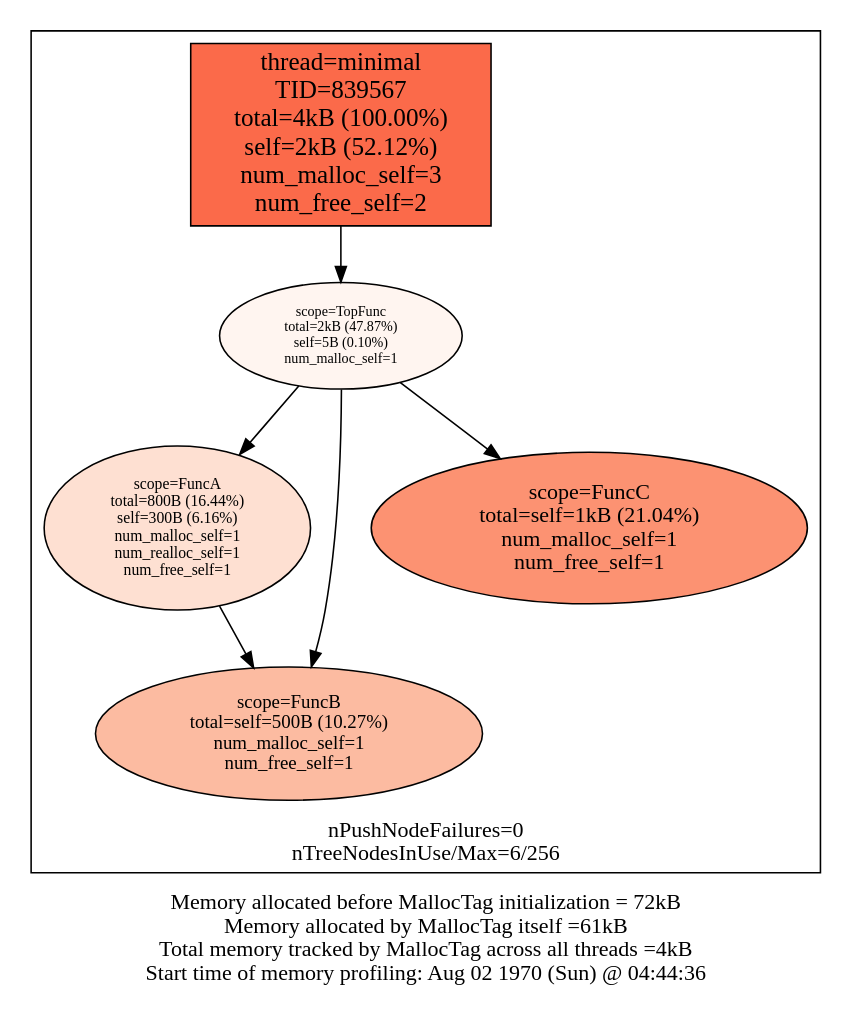
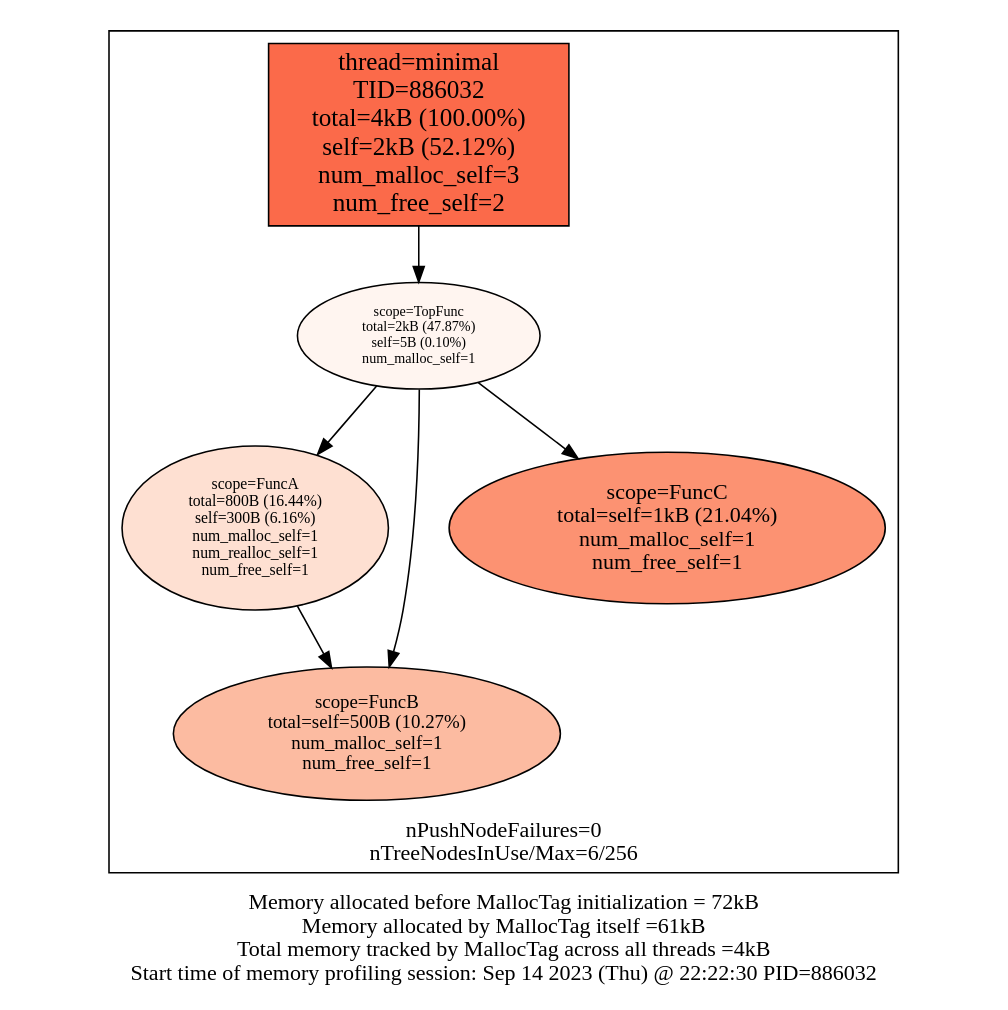
Before and after one commit to f18m/malloc-tag: the diagram in examples/minimal/minimal_stats.dot, drawn with Graphviz. The commit also changed 6 other files, not shown here.

```diff
--- a/examples/minimal/minimal_stats.dot
+++ b/examples/minimal/minimal_stats.dot
@@ -1,22 +1,22 @@
 digraph MallocTree {
  node [colorscheme=reds9 style=filled]
- subgraph cluster_TID839567 {
+ subgraph cluster_TID886032 {
   node [colorscheme=reds9 style=filled]
   labelloc="b"
   label="nPushNodeFailures=0\nnTreeNodesInUse/Max=6/256\n"
-  "839567_minimal" [label="thread=minimal\nTID=839567\ntotal=4kB (100.00%)\nself=2kB (52.12%)\nnum_malloc_self=3\nnum_free_self=2" shape=box fillcolor=5 fontsize=16]
-  "839567_minimal" -> "839567_TopFunc"
-  "839567_TopFunc" [label="scope=TopFunc\ntotal=2kB (47.87%)\nself=5B (0.10%)\nnum_malloc_self=1" fillcolor=1 fontsize=9]
-  "839567_TopFunc" -> "839567_FuncA"
-  "839567_TopFunc" -> "839567_FuncB"
-  "839567_TopFunc" -> "839567_FuncC"
-  "839567_FuncA" [label="scope=FuncA\ntotal=800B (16.44%)\nself=300B (6.16%)\nnum_malloc_self=1\nnum_realloc_self=1\nnum_free_self=1" fillcolor=2 fontsize=10]
-  "839567_FuncA" -> "839567_FuncB"
-  "839567_FuncB" [label="scope=FuncB\ntotal=self=500B (10.27%)\nnum_malloc_self=1\nnum_free_self=1" fillcolor=3 fontsize=12]
-  "839567_FuncB" [label="scope=FuncB\ntotal=self=500B (10.27%)\nnum_malloc_self=1\nnum_free_self=1" fillcolor=3 fontsize=12]
-  "839567_FuncC" [label="scope=FuncC\ntotal=self=1kB (21.04%)\nnum_malloc_self=1\nnum_free_self=1" fillcolor=4 fontsize=14]
+  "886032_minimal" [label="thread=minimal\nTID=886032\ntotal=4kB (100.00%)\nself=2kB (52.12%)\nnum_malloc_self=3\nnum_free_self=2" shape=box fillcolor=5 fontsize=16]
+  "886032_minimal" -> "886032_TopFunc"
+  "886032_TopFunc" [label="scope=TopFunc\ntotal=2kB (47.87%)\nself=5B (0.10%)\nnum_malloc_self=1" fillcolor=1 fontsize=9]
+  "886032_TopFunc" -> "886032_FuncA"
+  "886032_TopFunc" -> "886032_FuncB"
+  "886032_TopFunc" -> "886032_FuncC"
+  "886032_FuncA" [label="scope=FuncA\ntotal=800B (16.44%)\nself=300B (6.16%)\nnum_malloc_self=1\nnum_realloc_self=1\nnum_free_self=1" fillcolor=2 fontsize=10]
+  "886032_FuncA" -> "886032_FuncB"
+  "886032_FuncB" [label="scope=FuncB\ntotal=self=500B (10.27%)\nnum_malloc_self=1\nnum_free_self=1" fillcolor=3 fontsize=12]
+  "886032_FuncB" [label="scope=FuncB\ntotal=self=500B (10.27%)\nnum_malloc_self=1\nnum_free_self=1" fillcolor=3 fontsize=12]
+  "886032_FuncC" [label="scope=FuncC\ntotal=self=1kB (21.04%)\nnum_malloc_self=1\nnum_free_self=1" fillcolor=4 fontsize=14]
  }
 
  labelloc="b"
- label="Memory allocated before MallocTag initialization = 72kB\nMemory allocated by MallocTag itself =61kB\nTotal memory tracked by MallocTag across all threads =4kB\nStart time of memory profiling: Aug 02 1970 (Sun) @ 04:44:36\n"
+ label="Memory allocated before MallocTag initialization = 72kB\nMemory allocated by MallocTag itself =61kB\nTotal memory tracked by MallocTag across all threads =4kB\nStart time of memory profiling session: Sep 14 2023 (Thu) @ 22:22:30 PID=886032\n"
 }
```
